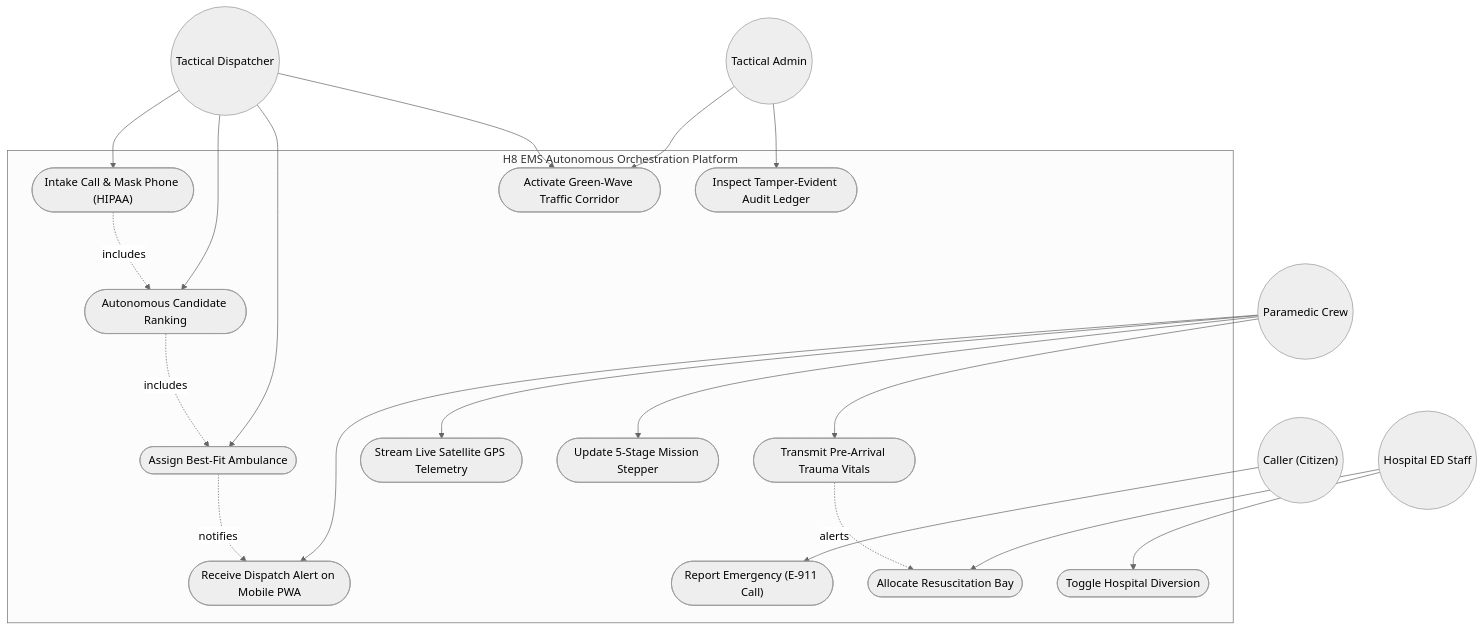
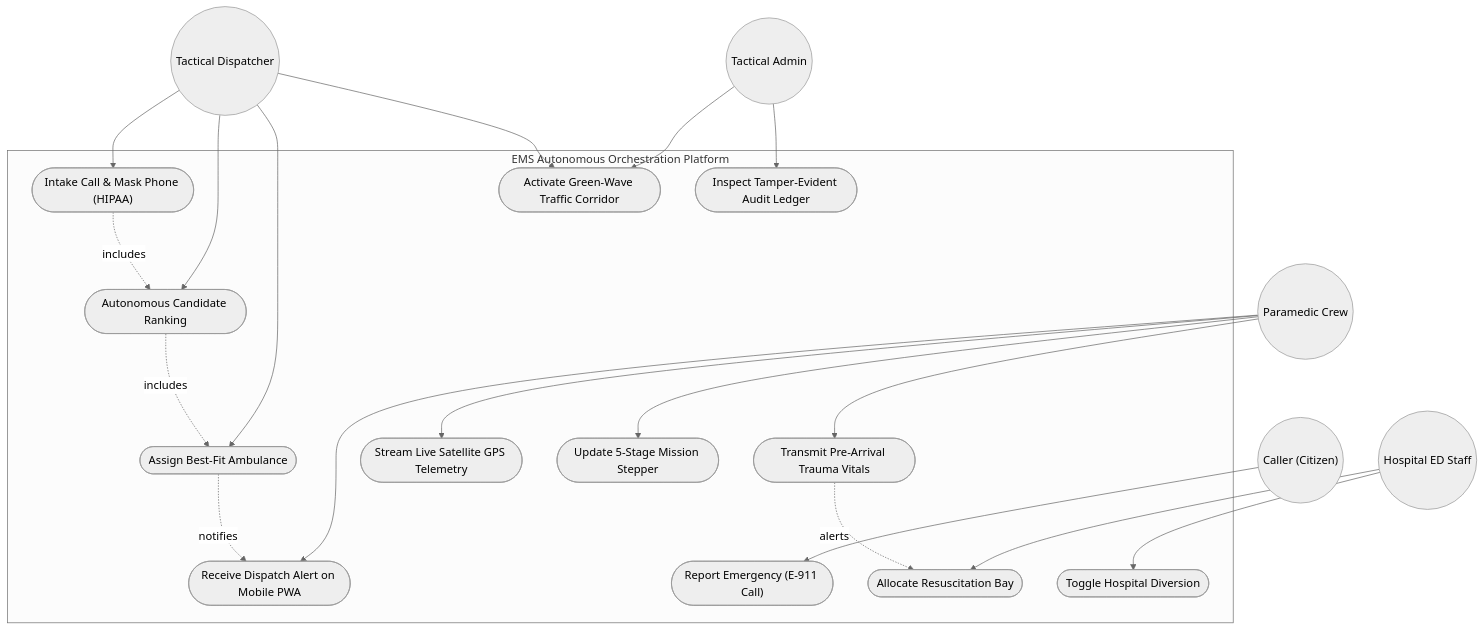
Before and after one commit to manish-12345678911/Ems-platform: the diagram in ashutosh contribution/diagrams/01_use_case_diagram.md, drawn with Mermaid (neutral theme). The commit also changed other lines of this file and 51 other files, not shown here.

````diff
--- a/ashutosh contribution/diagrams/01_use_case_diagram.md
+++ b/ashutosh contribution/diagrams/01_use_case_diagram.md
@@ -4,48 +4,48 @@
 ```mermaid
 graph TD
-    %% Actors
-    Caller(("Caller (Citizen)"))
-    Dispatcher(("Tactical Dispatcher"))
-    Crew(("Paramedic Crew"))
-    Hospital(("Hospital ED Staff"))
-    Admin(("Tactical Admin"))
+ %% Actors
+ Caller(("Caller (Citizen)"))
+ Dispatcher(("Tactical Dispatcher"))
+ Crew(("Paramedic Crew"))
+ Hospital(("Hospital ED Staff"))
+ Admin(("Tactical Admin"))
 
-    %% Subsystem Boundary
-    subgraph H8_EMS_Platform ["H8 EMS Autonomous Orchestration Platform"]
-        UC1(["Report Emergency (E-911 Call)"])
-        UC2(["Intake Call & Mask Phone (HIPAA)"])
-        UC3(["Autonomous Candidate Ranking"])
-        UC4(["Assign Best-Fit Ambulance"])
-        UC5(["Activate Green-Wave Traffic Corridor"])
-        UC6(["Receive Dispatch Alert on Mobile PWA"])
-        UC7(["Stream Live Satellite GPS Telemetry"])
-        UC8(["Update 5-Stage Mission Stepper"])
-        UC9(["Transmit Pre-Arrival Trauma Vitals"])
-        UC10(["Allocate Resuscitation Bay"])
-        UC11(["Toggle Hospital Diversion"])
-        UC12(["Inspect Tamper-Evident Audit Ledger"])
-    end
+ %% Subsystem Boundary
+ subgraph H8_EMS_Platform ["EMS Autonomous Orchestration Platform"]
+ UC1(["Report Emergency (E-911 Call)"])
+ UC2(["Intake Call & Mask Phone (HIPAA)"])
+ UC3(["Autonomous Candidate Ranking"])
+ UC4(["Assign Best-Fit Ambulance"])
+ UC5(["Activate Green-Wave Traffic Corridor"])
+ UC6(["Receive Dispatch Alert on Mobile PWA"])
+ UC7(["Stream Live Satellite GPS Telemetry"])
+ UC8(["Update 5-Stage Mission Stepper"])
+ UC9(["Transmit Pre-Arrival Trauma Vitals"])
+ UC10(["Allocate Resuscitation Bay"])
+ UC11(["Toggle Hospital Diversion"])
+ UC12(["Inspect Tamper-Evident Audit Ledger"])
+ end
 
-    %% Relationships
-    Caller --> UC1
-    Dispatcher --> UC2
-    Dispatcher --> UC3
-    Dispatcher --> UC4
-    Dispatcher --> UC5
-    
-    Crew --> UC6
-    Crew --> UC7
-    Crew --> UC8
-    Crew --> UC9
+ %% Relationships
+ Caller --> UC1
+ Dispatcher --> UC2
+ Dispatcher --> UC3
+ Dispatcher --> UC4
+ Dispatcher --> UC5
+ 
+ Crew --> UC6
+ Crew --> UC7
+ Crew --> UC8
+ Crew --> UC9
 
-    Hospital --> UC10
-    Hospital --> UC11
+ Hospital --> UC10
+ Hospital --> UC11
 
-    Admin --> UC5
-    Admin --> UC12
+ Admin --> UC5
+ Admin --> UC12
 
-    UC2 -.->|includes| UC3
-    UC3 -.->|includes| UC4
-    UC4 -.->|notifies| UC6
-    UC9 -.->|alerts| UC10
+ UC2 -.->|includes| UC3
+ UC3 -.->|includes| UC4
+ UC4 -.->|notifies| UC6
+ UC9 -.->|alerts| UC10
 ```
````
